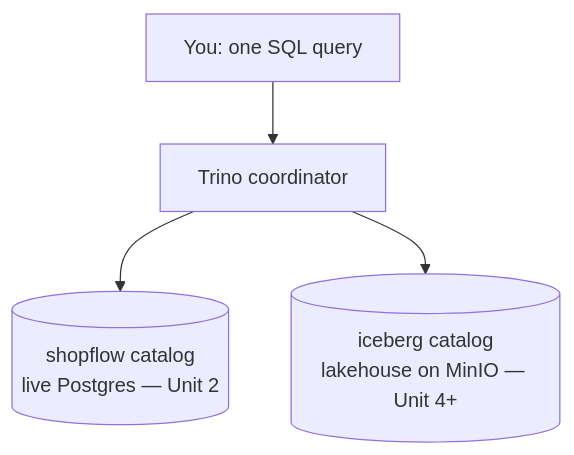
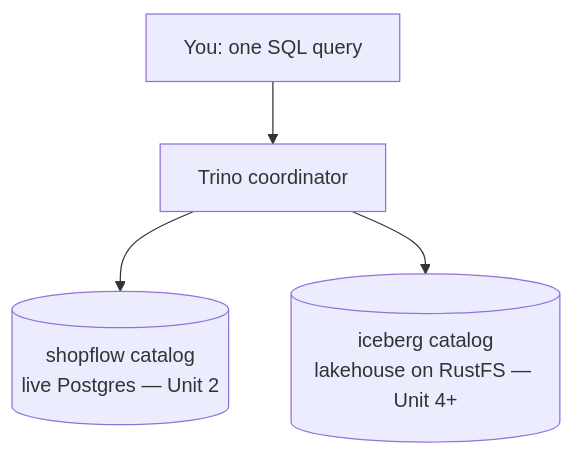
One commit to maarthala/databrick-local-simulator changed the diagram in training/docs/unit2/intro.md. Above: the diagram before and after it, drawn with Mermaid. The commit also changed other lines of this file and 27 other files, not shown here.

````diff
--- a/training/docs/unit2/intro.md
+++ b/training/docs/unit2/intro.md
@@ -47,6 +47,6 @@
 ```mermaid
 flowchart TB
   U[You: one SQL query] --> T[Trino coordinator]
   T --> PG[(shopflow catalog<br/>live Postgres — Unit 2)]
-  T --> LK[(iceberg catalog<br/>lakehouse on MinIO — Unit 4+)]
+  T --> LK[(iceberg catalog<br/>lakehouse on RustFS — Unit 4+)]
 ```
````
